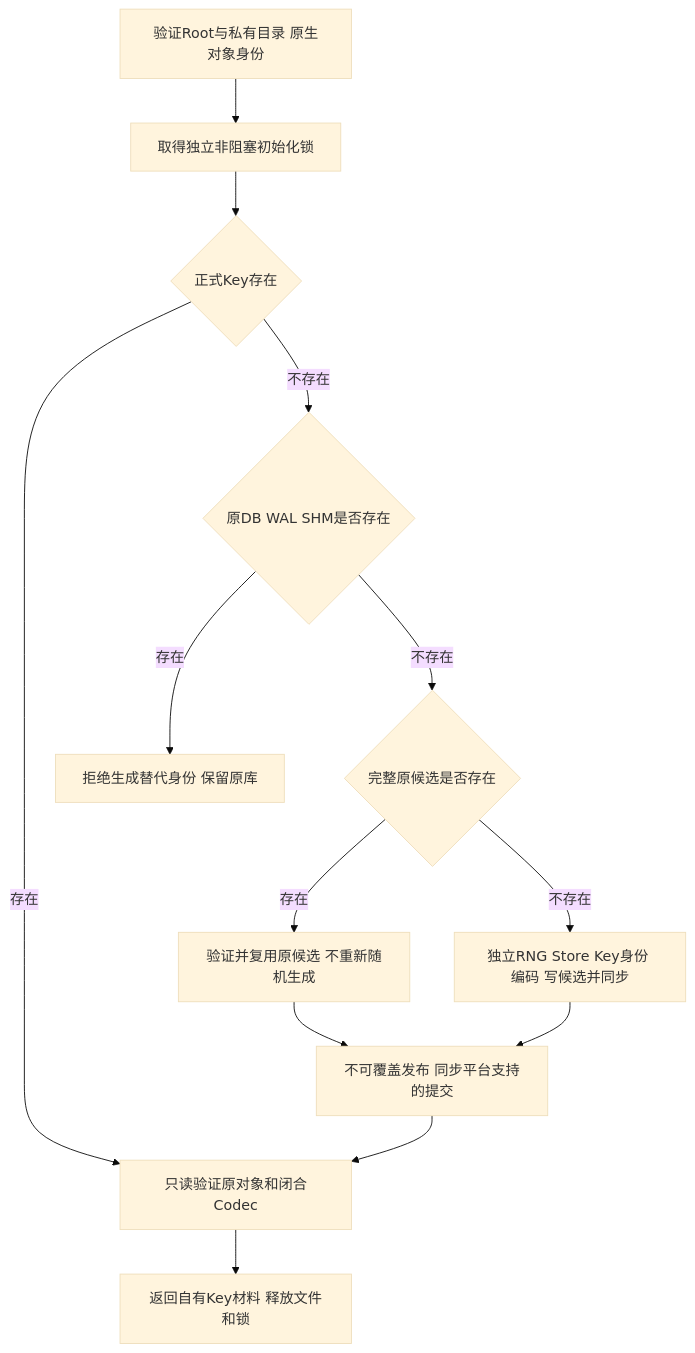
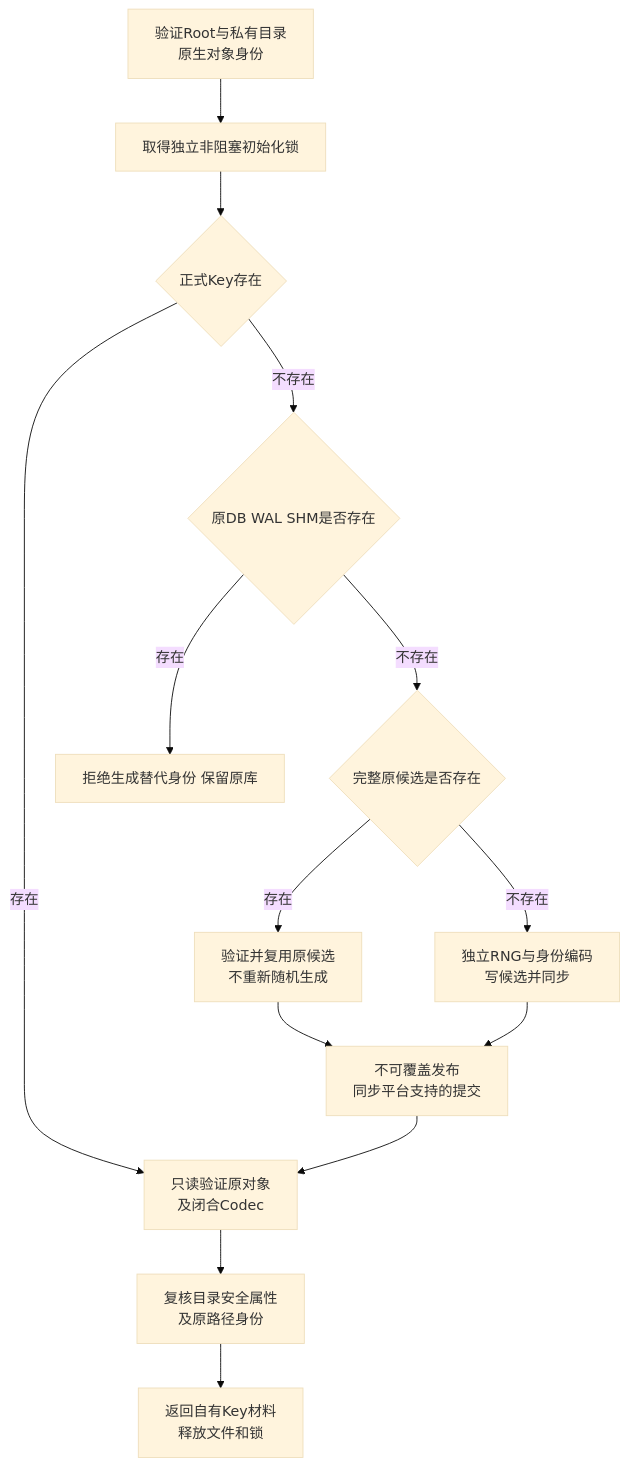
The second of 4 diagrams in docs/changes/m09-4a-managed-session-key-and-root.md (carrie1988/Harnessix), drawn with Mermaid (base theme) before and after one commit. The commit also changed other lines of this file and 31 other files, not shown here.

````diff
--- a/docs/changes/m09-4a-managed-session-key-and-root.md
+++ b/docs/changes/m09-4a-managed-session-key-and-root.md
@@ -76,15 +78,16 @@
 ```mermaid
 flowchart TD
-  Begin[验证Root与私有目录 原生对象身份] --> Lock[取得独立非阻塞初始化锁]
+  Begin[验证Root与私有目录<br/>原生对象身份] --> Lock[取得独立非阻塞初始化锁]
   Lock --> Exists{正式Key存在}
-  Exists -->|存在| Verify[只读验证原对象和闭合Codec]
+  Exists -->|存在| Verify[只读验证原对象<br/>及闭合Codec]
   Exists -->|不存在| DB{原DB WAL SHM是否存在}
   DB -->|存在| Refuse[拒绝生成替代身份 保留原库]
   DB -->|不存在| Pending{完整原候选是否存在}
-  Pending -->|存在| Recover[验证并复用原候选 不重新随机生成]
-  Pending -->|不存在| Create[独立RNG Store Key身份 编码 写候选并同步]
-  Recover --> Publish[不可覆盖发布 同步平台支持的提交]
+  Pending -->|存在| Recover[验证并复用原候选<br/>不重新随机生成]
+  Pending -->|不存在| Create[独立RNG与身份编码<br/>写候选并同步]
+  Recover --> Publish[不可覆盖发布<br/>同步平台支持的提交]
   Create --> Publish
   Publish --> Verify
-  Verify --> Return[返回自有Key材料 释放文件和锁]
+  Verify --> Recheck[复核目录安全属性<br/>及原路径身份]
+  Recheck --> Return[返回自有Key材料<br/>释放文件和锁]
 ```
````
